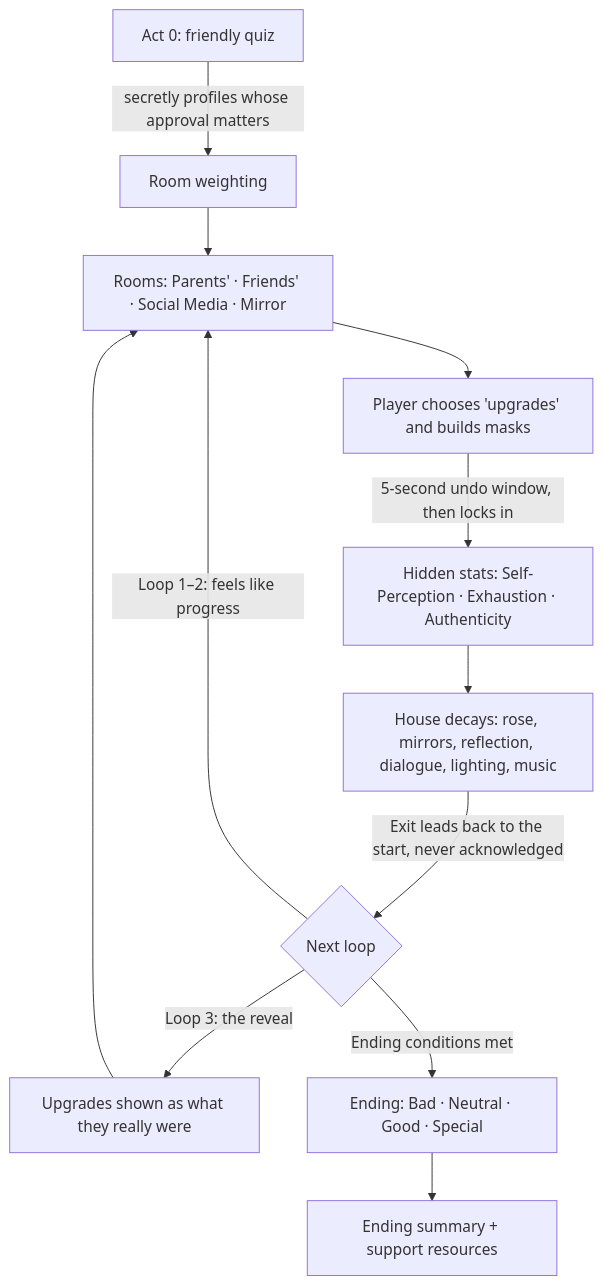
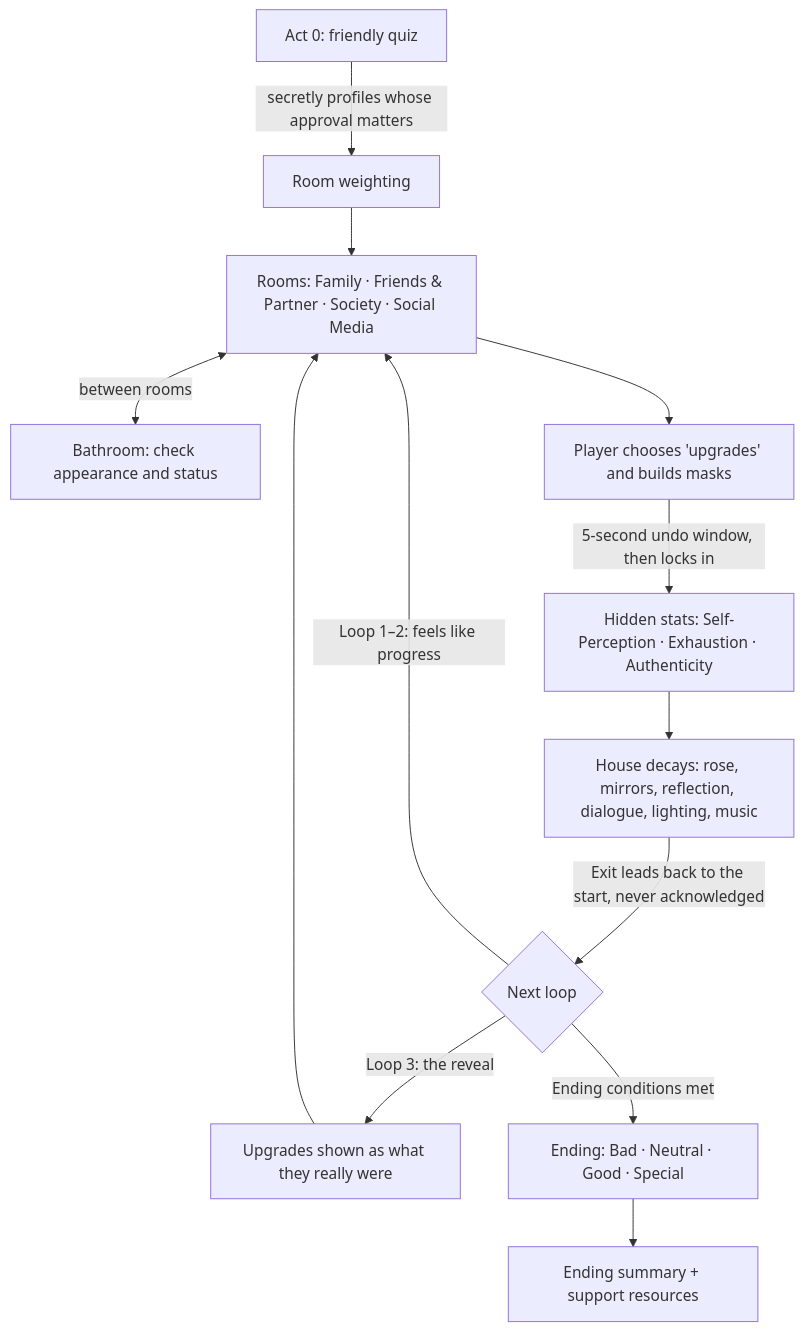
The diagram in docs/03-prd.md (skyyeom/penrose), drawn with Mermaid before and after one commit. The commit also changed other lines of this file, not shown here.

Commit message:
docs: PRD rooms are Family, Friends & Partner, Society, Social Media + Bathroom (#3)

````diff
--- a/docs/03-prd.md
+++ b/docs/03-prd.md
@@ -32,14 +32,15 @@
 ```mermaid
 flowchart TD
     Q[Act 0: friendly quiz] -->|secretly profiles whose approval matters| W[Room weighting]
-    W --> R[Rooms: Parents' · Friends' · Social Media · Mirror]
+    W --> R[Rooms: Family · Friends & Partner · Society · Social Media]
+    R <-->|between rooms| B[Bathroom: check appearance and status]
     R --> C[Player chooses 'upgrades' and builds masks]
     C -->|5-second undo window, then locks in| S[Hidden stats: Self-Perception · Exhaustion · Authenticity]
     S --> D[House decays: rose, mirrors, reflection, dialogue, lighting, music]
     D -->|Exit leads back to the start, never acknowledged| L{Next loop}
     L -->|Loop 1–2: feels like progress| R
     L -->|Loop 3: the reveal| X[Upgrades shown as what they really were]
     X --> R
     L -->|Ending conditions met| E[Ending: Bad · Neutral · Good · Special]
     E --> F[Ending summary + support resources]
 ```
````
